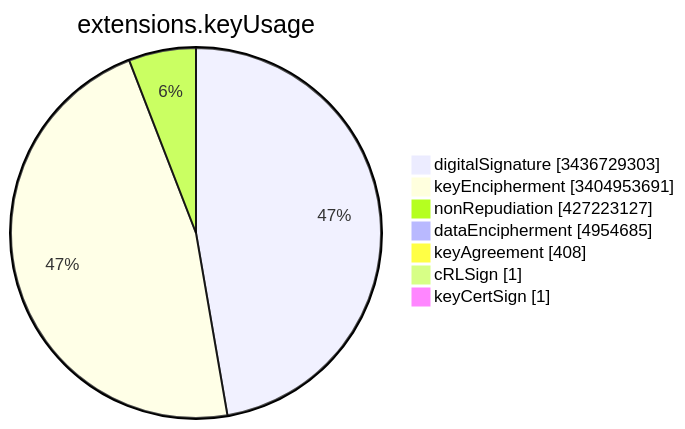
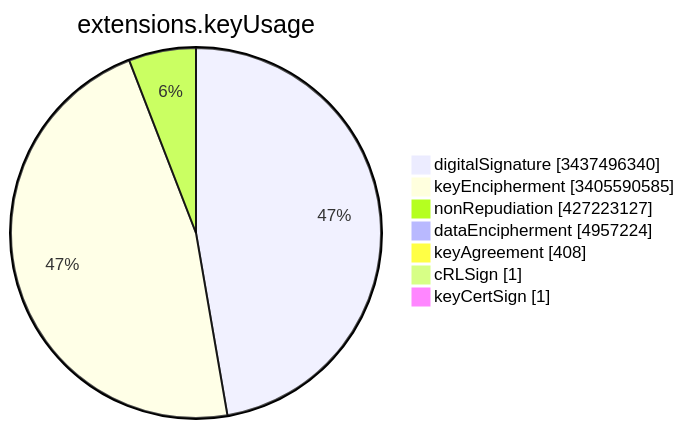
Before and after one commit to christiankrug/ctmonitor_visualization: the sixth of 15 diagrams in TOTAL/README.md, drawn with Mermaid. The commit also changed other lines of this file, not shown here.

````diff
--- a/TOTAL/README.md
+++ b/TOTAL/README.md
@@ -3081,11 +3081,11 @@
 ```mermaid
 pie showData
 title extensions.keyUsage
-"digitalSignature" :3436729303
-"keyEncipherment" :3404953691
+"digitalSignature" :3437496340
+"keyEncipherment" :3405590585
 "nonRepudiation" :427223127
-"dataEncipherment" :4954685
+"dataEncipherment" :4957224
 "keyAgreement" :408
 "cRLSign" :1
 "keyCertSign" :1
 ```
````
